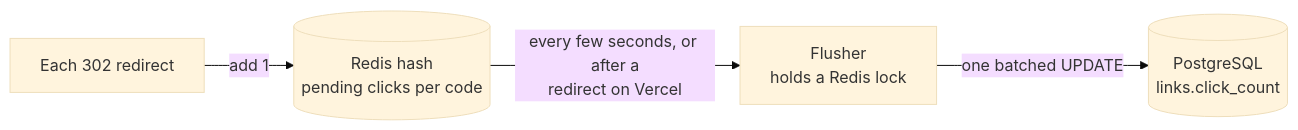
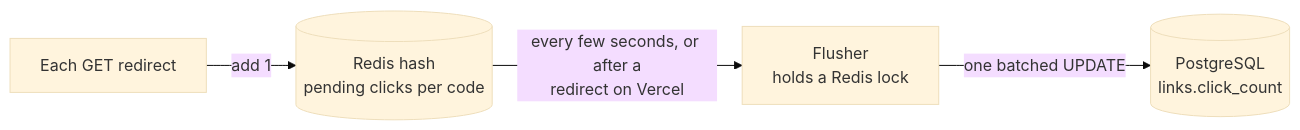
One commit to Thai2229/URL-Shortener changed the fourth of 4 diagrams in README.md. Above: the diagram before and after it, drawn with Mermaid (base theme). The commit also changed other lines of this file, not shown here.

First line of the commit message:
README diagrams: count attempts correctly and say GET redirect

````diff
--- a/README.md
+++ b/README.md
@@ -101,6 +101,6 @@
 ```mermaid
 flowchart LR
-    redirect["Each 302 redirect"] -->|"add 1"| hash[("Redis hash<br/>pending clicks per code")]
+    redirect["Each GET redirect"] -->|"add 1"| hash[("Redis hash<br/>pending clicks per code")]
     hash -->|"every few seconds, or after a<br/>redirect on Vercel"| flusher["Flusher<br/>holds a Redis lock"]
     flusher -->|"one batched UPDATE"| pg[("PostgreSQL<br/>links.click_count")]
 ```
````
